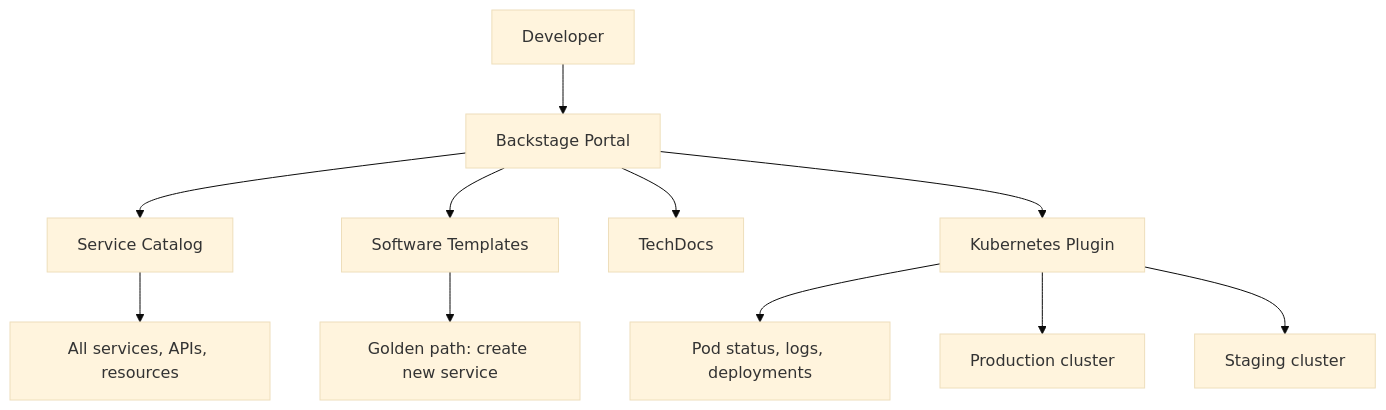
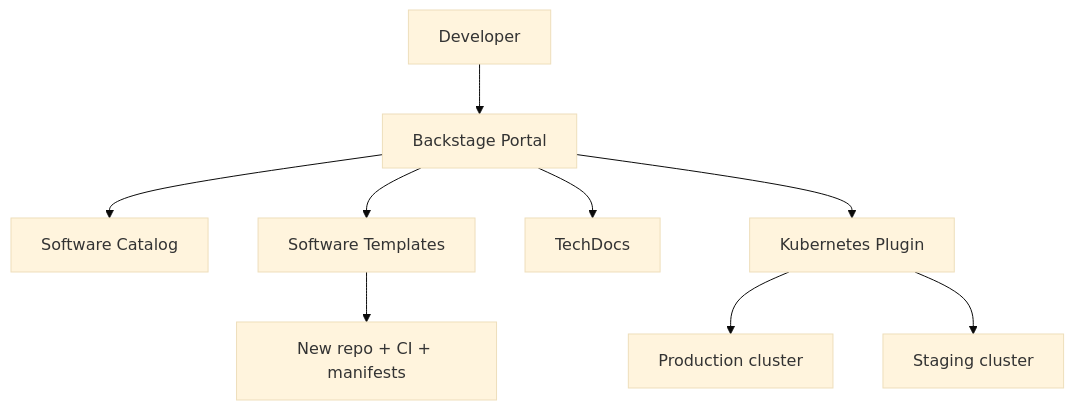
One commit to greg4fun/kubernetesrecipes.github.io changed the diagram in src/content/recipes/backstage-kubernetes-developer-portal.md. Above: the diagram before and after it, drawn with Mermaid (base theme). The commit also changed other lines of this file and 537 other files, not shown here.

````diff
--- a/src/content/recipes/backstage-kubernetes-developer-portal.md
+++ b/src/content/recipes/backstage-kubernetes-developer-portal.md
@@ -167,13 +347,11 @@
 ```mermaid
 graph TD
     A[Developer] --> B[Backstage Portal]
-    B --> C[Service Catalog]
+    B --> C[Software Catalog]
     B --> D[Software Templates]
     B --> E[TechDocs]
     B --> F[Kubernetes Plugin]
-    C --> G[All services, APIs, resources]
-    D --> H[Golden path: create new service]
-    F --> I[Pod status, logs, deployments]
+    D --> H[New repo + CI + manifests]
     F --> J[Production cluster]
     F --> K[Staging cluster]
 ```
````
